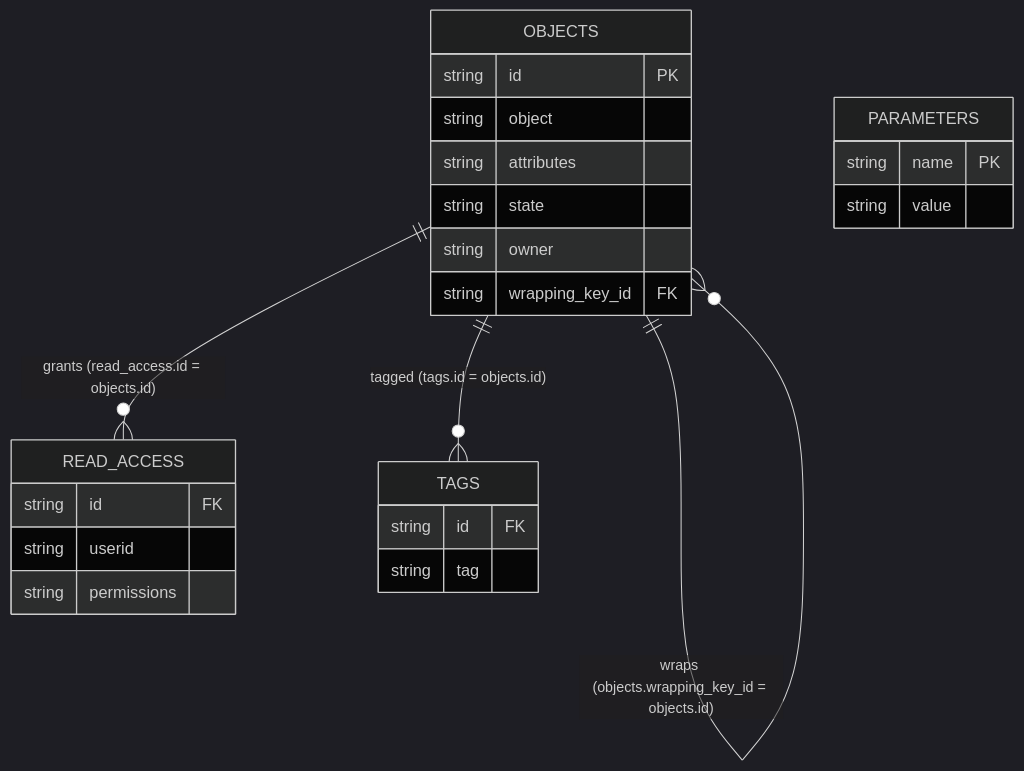
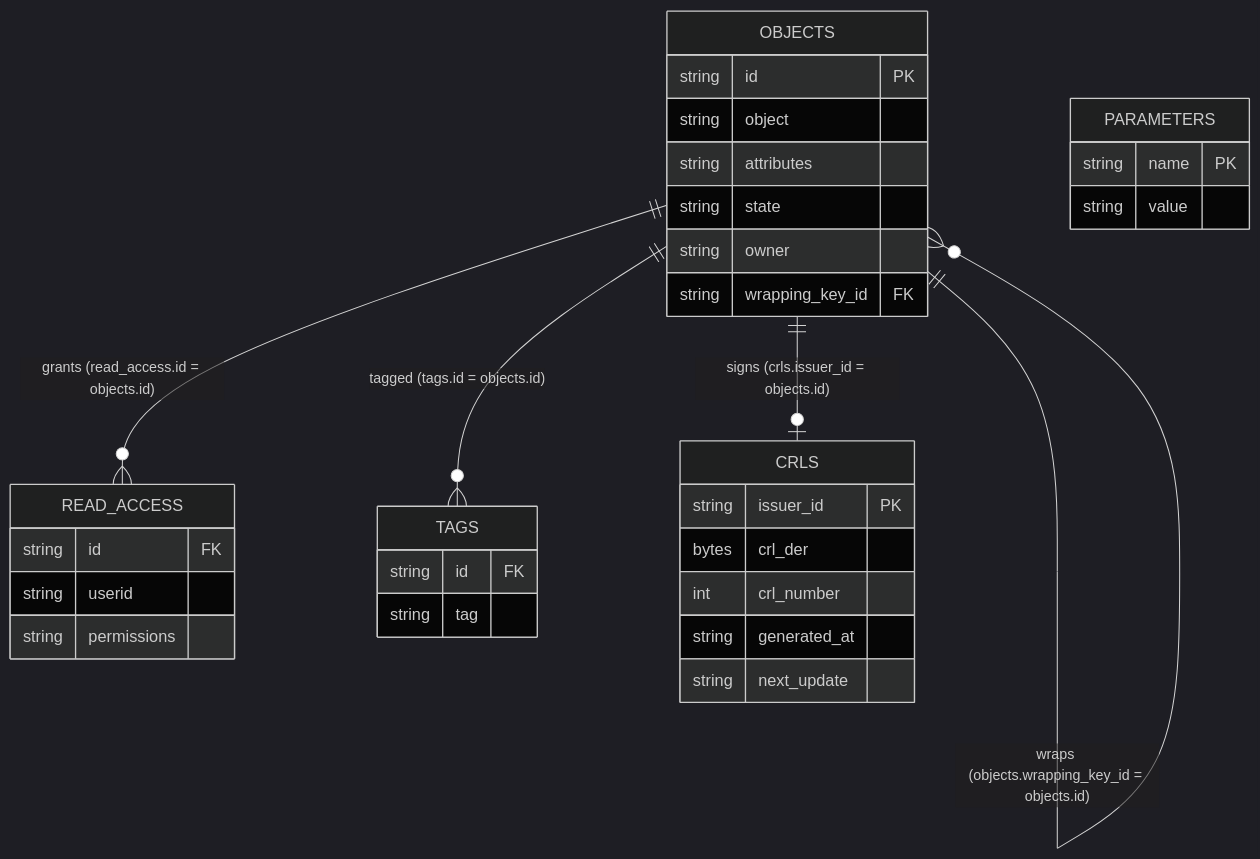
Before and after one commit to Cosmian/kms: the diagram in documentation/docs/configuration/database/tables.md, drawn with Mermaid (dark theme). The commit also changed other lines of this file and 18 other files, not shown here.

````diff
--- a/documentation/docs/configuration/database/tables.md
+++ b/documentation/docs/configuration/database/tables.md
@@ -22,27 +23,35 @@
 ```mermaid
 erDiagram
     OBJECTS ||--o{ READ_ACCESS : "grants (read_access.id = objects.id)"
     OBJECTS ||--o{ TAGS : "tagged (tags.id = objects.id)"
     OBJECTS ||--o{ OBJECTS : "wraps (objects.wrapping_key_id = objects.id)"
+    OBJECTS ||--o| CRLS : "signs (crls.issuer_id = objects.id)"
     PARAMETERS {
         string name PK
         string value
     }
     OBJECTS {
         string id PK
         string object
         string attributes
         string state
         string owner
         string wrapping_key_id FK
     }
     READ_ACCESS {
         string id FK
         string userid
         string permissions
     }
     TAGS {
         string id FK
         string tag
     }
+    CRLS {
+        string issuer_id PK
+        bytes  crl_der
+        int    crl_number
+        string generated_at
+        string next_update
+    }
 ```
````
